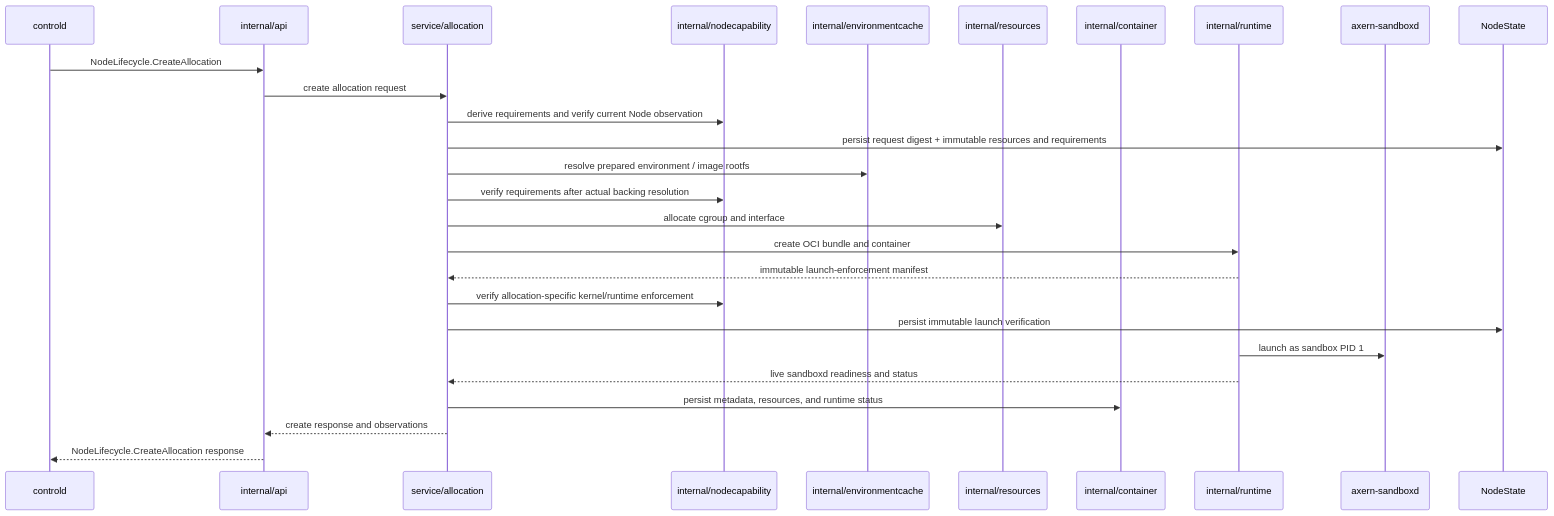
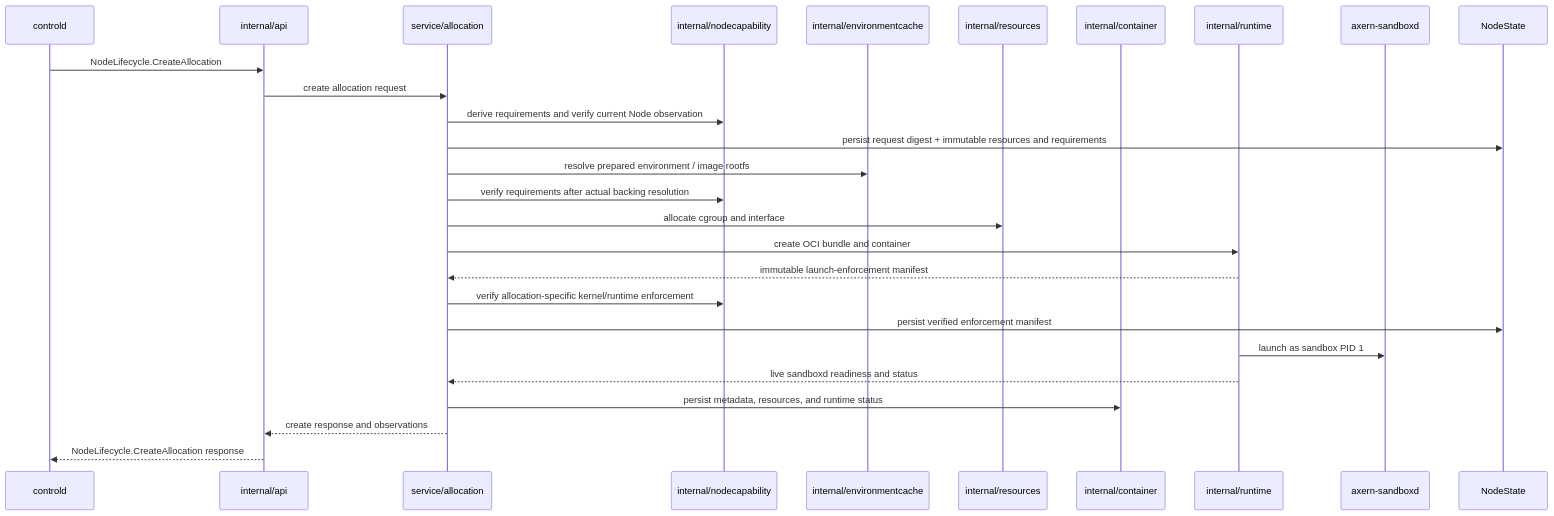
Before and after one commit to cofy-x/axern: the second of 3 diagrams in runtime/axnoded/docs/architecture.md, drawn with Mermaid. The commit also changed other lines of this file and 166 other files, not shown here.

````diff
--- a/runtime/axnoded/docs/architecture.md
+++ b/runtime/axnoded/docs/architecture.md
@@ -73,29 +72,29 @@
 ```mermaid
 sequenceDiagram
     participant Control as controld
     participant API as internal/api
     participant Start as service/allocation
     participant Capability as internal/nodecapability
     participant EnvironmentCache as internal/environmentcache
     participant Resources as internal/resources
     participant Container as internal/container
     participant Runtime as internal/runtime
     participant Sandboxd as axern-sandboxd
 
     Control->>API: NodeLifecycle.CreateAllocation
     API->>Start: create allocation request
     Start->>Capability: derive requirements and verify current Node observation
     Start->>NodeState: persist request digest + immutable resources and requirements
     Start->>EnvironmentCache: resolve prepared environment / image rootfs
     Start->>Capability: verify requirements after actual backing resolution
     Start->>Resources: allocate cgroup and interface
     Start->>Runtime: create OCI bundle and container
     Runtime-->>Start: immutable launch-enforcement manifest
     Start->>Capability: verify allocation-specific kernel/runtime enforcement
-    Start->>NodeState: persist immutable launch verification
+    Start->>NodeState: persist verified enforcement manifest
     Runtime->>Sandboxd: launch as sandbox PID 1
     Runtime-->>Start: live sandboxd readiness and status
     Start->>Container: persist metadata, resources, and runtime status
     Start-->>API: create response and observations
     API-->>Control: NodeLifecycle.CreateAllocation response
 ```
````
